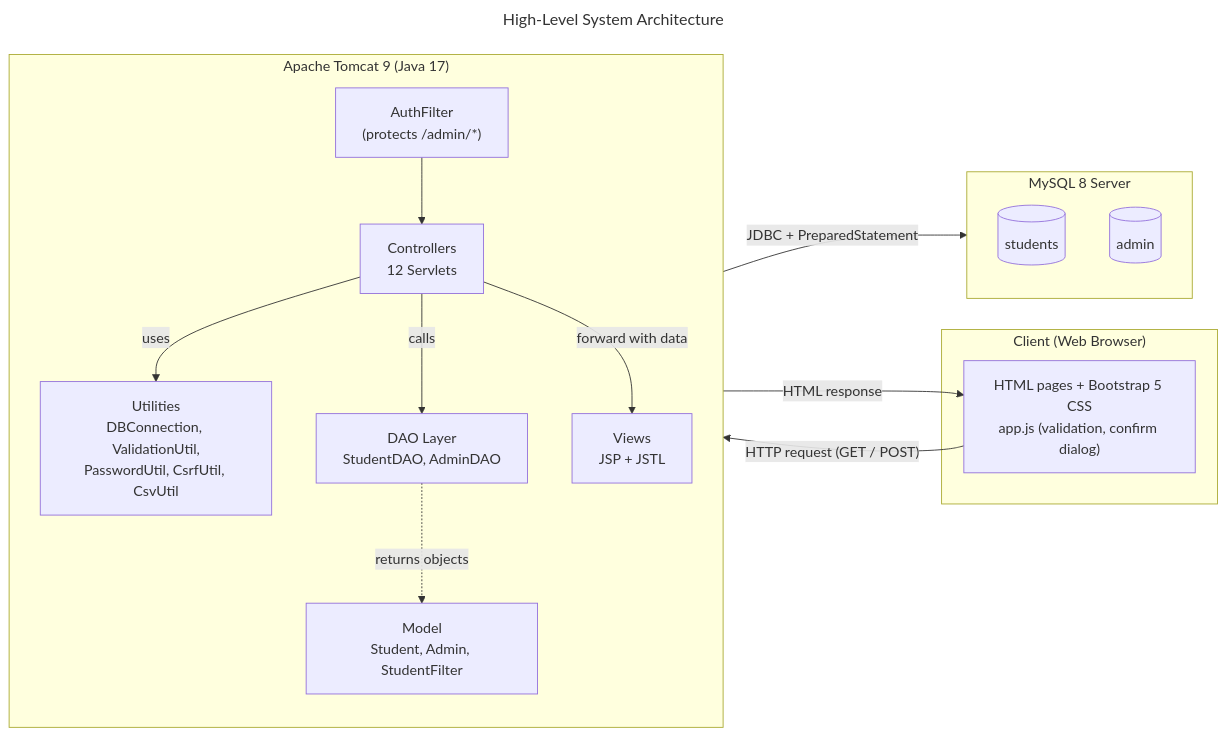
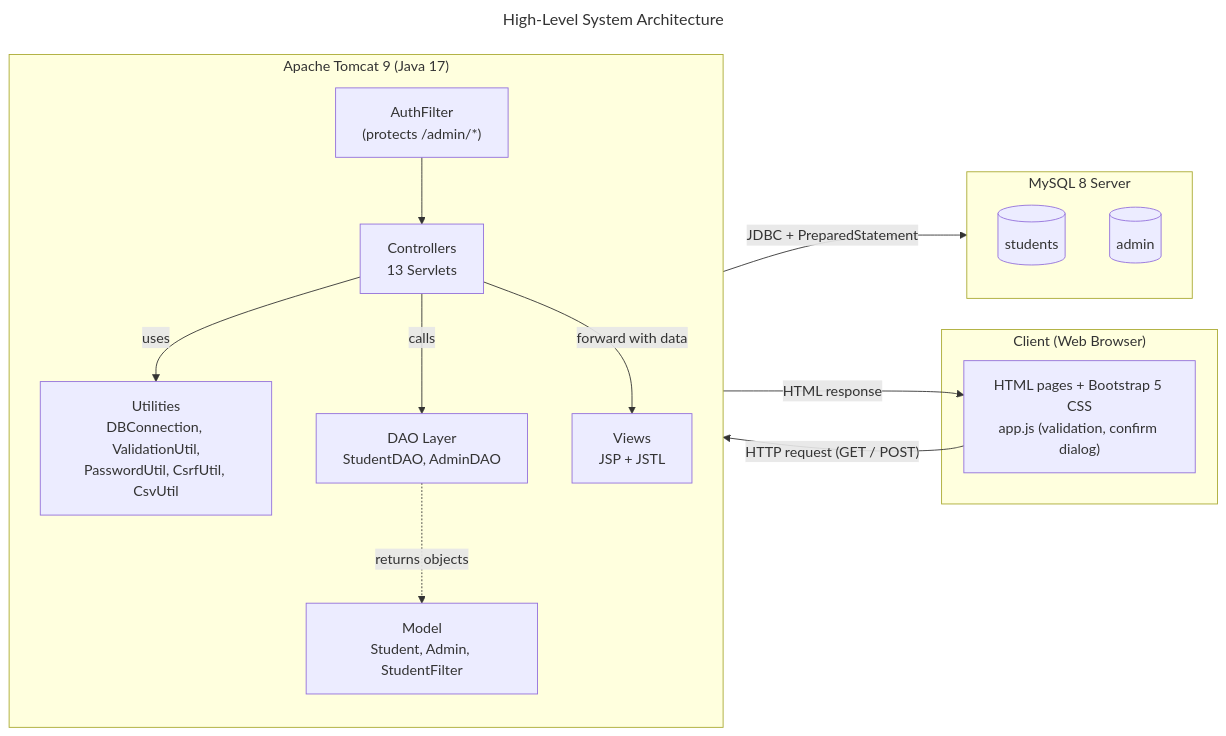
The diagram in docs/diagrams/architecture.mmd (Nikhilnmv/PBLJ-Student_Management_System), drawn with Mermaid before and after one commit. The commit also changed 30 other files, not shown here.

```diff
--- a/docs/diagrams/architecture.mmd
+++ b/docs/diagrams/architecture.mmd
@@ -1,31 +1,31 @@
 ---
 title: High-Level System Architecture
 ---
 flowchart LR
     subgraph Client["Client (Web Browser)"]
         UI["HTML pages + Bootstrap 5 CSS<br/>app.js (validation, confirm dialog)"]
     end
 
     subgraph Server["Apache Tomcat 9 (Java 17)"]
         direction TB
         F["AuthFilter<br/>(protects /admin/*)"]
-        C["Controllers<br/>12 Servlets"]
+        C["Controllers<br/>13 Servlets"]
         V["Views<br/>JSP + JSTL"]
         D["DAO Layer<br/>StudentDAO, AdminDAO"]
         U["Utilities<br/>DBConnection, ValidationUtil,<br/>PasswordUtil, CsrfUtil, CsvUtil"]
         M["Model<br/>Student, Admin, StudentFilter"]
     end
 
     subgraph DB["MySQL 8 Server"]
         T1[("students")]
         T2[("admin")]
     end
 
     UI -- "HTTP request (GET / POST)" --> F
     F --> C
     C -- "uses" --> U
     C -- "calls" --> D
     D -- "JDBC + PreparedStatement" --> DB
     D -. "returns objects" .-> M
     C -- "forward with data" --> V
     V -- "HTML response" --> UI
```
